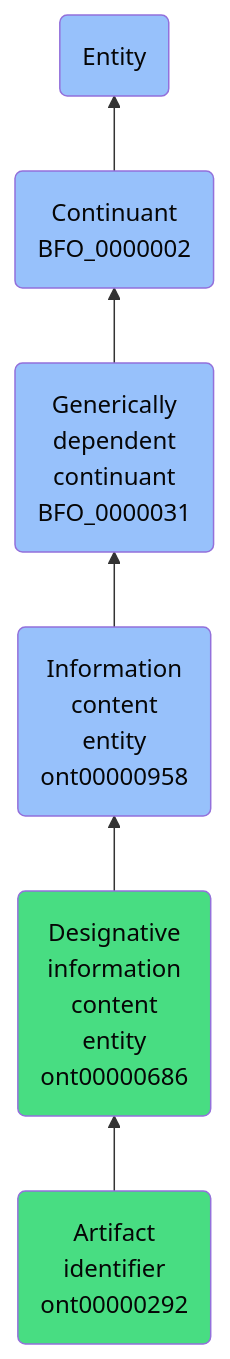
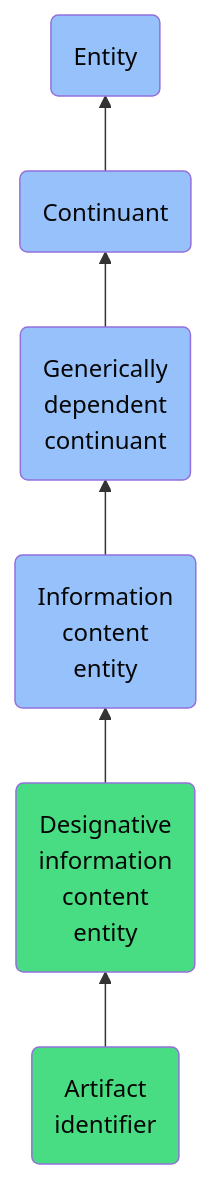
Before and after one commit to jupyter-naas/abi: the diagram in docs/ontology/reference/model/Entity/Continuant/Generically dependent continuant/Information content entity/Designative information content entity/Artifact identifier/Artifact identifier.md, drawn with Mermaid. The commit also changed other lines of this file and 1430 other files, not shown here.

````diff
--- a/docs/ontology/reference/model/Entity/Continuant/Generically dependent continuant/Information content entity/Designative information content entity/Artifact identifier/Artifact identifier.md
+++ b/docs/ontology/reference/model/Entity/Continuant/Generically dependent continuant/Information content entity/Designative information content entity/Artifact identifier/Artifact identifier.md
@@ -24,13 +24,13 @@
 ```mermaid
 graph BT
-    ont00000292(Artifact<br>identifier<br>ont00000292):::ABI-->ont00000686
-    ont00000686(Designative<br>information<br>content<br>entity<br>ont00000686):::ABI-->ont00000958
-    ont00000958(Information<br>content<br>entity<br>ont00000958):::BFO-->BFO_0000031
-    BFO_0000031(Generically<br>dependent<br>continuant<br>BFO_0000031):::BFO-->BFO_0000002
-    BFO_0000002(Continuant<br>BFO_0000002):::BFO-->BFO_0000001
+    ont00000292(Artifact<br>identifier):::ABI-->ont00000686
+    ont00000686(Designative<br>information<br>content<br>entity):::ABI-->ont00000958
+    ont00000958(Information<br>content<br>entity):::BFO-->BFO_0000031
+    BFO_0000031(Generically<br>dependent<br>continuant):::BFO-->BFO_0000002
+    BFO_0000002(Continuant):::BFO-->BFO_0000001
     BFO_0000001(Entity):::BFO
     
     classDef BFO fill:#97c1fb,color:#060606
     classDef CCO fill:#e4c51e,color:#060606
     classDef ABI fill:#48DD82,color:#060606
 ```
````
